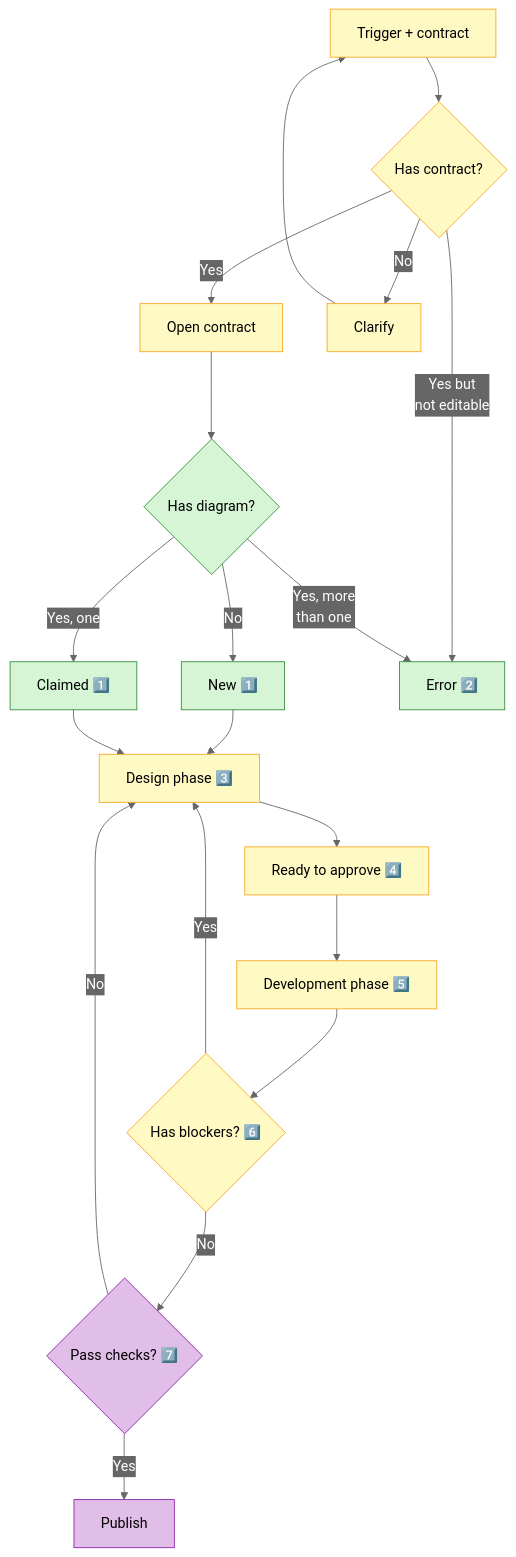
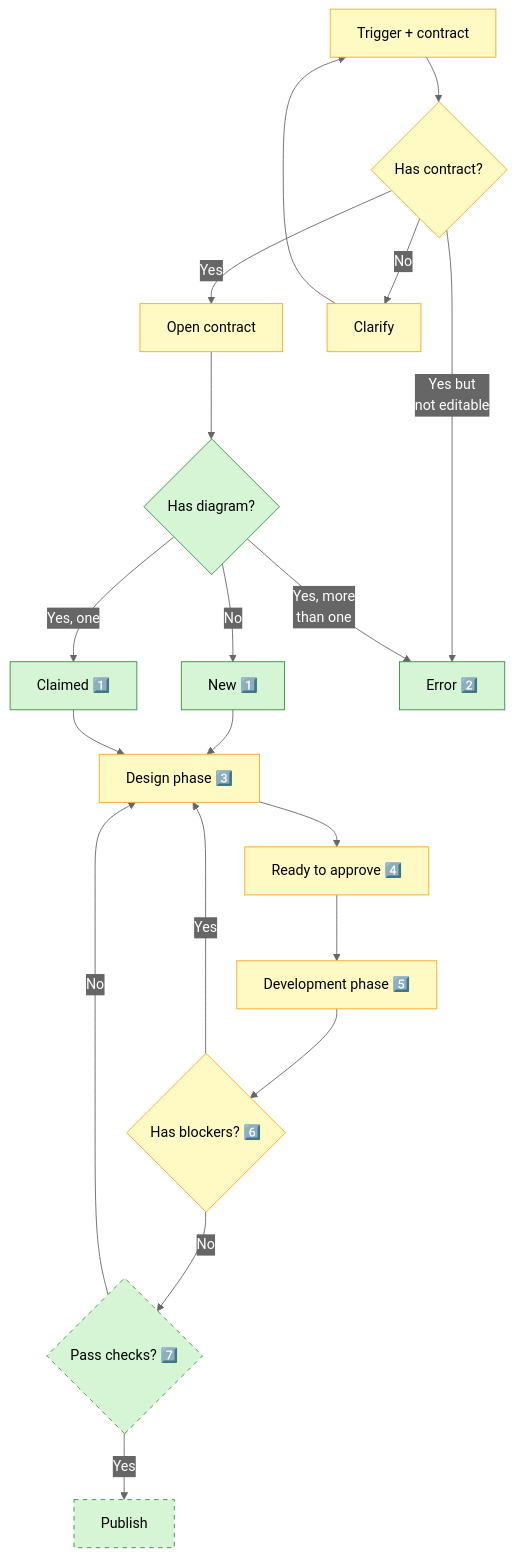
The diagram in contract-diagram/SKILL.md (nonlinear/skills), drawn with Mermaid before and after one commit. The commit also changed other lines of this file and 1 other file, not shown here.

Commit message:
Change outside-system: green bg + dashed borders (user actions)

````diff
--- a/contract-diagram/SKILL.md
+++ b/contract-diagram/SKILL.md
@@ -28,51 +28,51 @@
 ```mermaid
 %%{init: {'theme':'base','themeVariables':{"primaryColor":"#4A90E2","primaryTextColor":"#fff","primaryBorderColor":"#2E5C8A","lineColor":"#666","secondaryColor":"#50E3C2","tertiaryColor":"#FFD700","edgeLabelBackground":"#666"},'flowchart':{"nodeSpacing":50,"rankSpacing":50,"padding":15,"curve":"basis"}}}%%
 flowchart TD
     TRIGGER["Trigger + contract"]
     CHECK_CONTRACT{"Has contract?"}
     OPEN["Open contract"]
     CLARIFY["Clarify"]
     CHECK_DIAGRAM{"Has diagram?"}
     CREATE["New 1️⃣"]
     CLAIM["Claimed 1️⃣"]
     ERROR["Error 2️⃣"]
     
     DESIGN["Design phase 3️⃣"]
     SIGNOFF["Ready to approve 4️⃣"]
     DEVELOPMENT["Development phase 5️⃣"]
     BLOCKERS{"Has blockers? 6️⃣"}
     TESTS{"Pass checks? 7️⃣"}
     PUBLISH["Publish"]
     
     TRIGGER --> CHECK_CONTRACT
     CHECK_CONTRACT -->|Yes| OPEN
     CHECK_CONTRACT -->|Yes but<br/>not editable| ERROR
     CHECK_CONTRACT -->|No| CLARIFY
     CLARIFY --> TRIGGER
     
     OPEN --> CHECK_DIAGRAM
     CHECK_DIAGRAM -->|Yes, more<br/>than one| ERROR
     CHECK_DIAGRAM -->|Yes, one| CLAIM
     CHECK_DIAGRAM -->|No| CREATE
     
     CREATE --> DESIGN
     CLAIM --> DESIGN
     DESIGN --> SIGNOFF
     SIGNOFF --> DEVELOPMENT
     DEVELOPMENT --> BLOCKERS
     BLOCKERS -->|Yes| DESIGN
     BLOCKERS -->|No| TESTS
     TESTS -->|Yes| PUBLISH
     TESTS -->|No| DESIGN
     
     classDef default fill:#e0e0e0,stroke:#666,color:#000
     classDef approved fill:#FFF9C4,stroke:#F9A825,color:#000
     classDef developed fill:#D5F5D5,stroke:#388E3C,color:#000
     classDef blocker fill:#FFCDD2,stroke:#D32F2F,color:#000
     classDef developed-notes fill:#E3F2FD,stroke:#1976D2,color:#000
-    classDef outside-system fill:#E1BEE7,stroke:#8E24AA,color:#000
+    classDef outside-system fill:#D5F5D5,stroke:#388E3C,stroke-dasharray:5 5,color:#000
     
     class TRIGGER,CHECK_CONTRACT,OPEN,CLARIFY,DESIGN,SIGNOFF,DEVELOPMENT,BLOCKERS approved
     class CHECK_DIAGRAM,CREATE,CLAIM,ERROR developed
     class PUBLISH,TESTS outside-system
 ```
````
